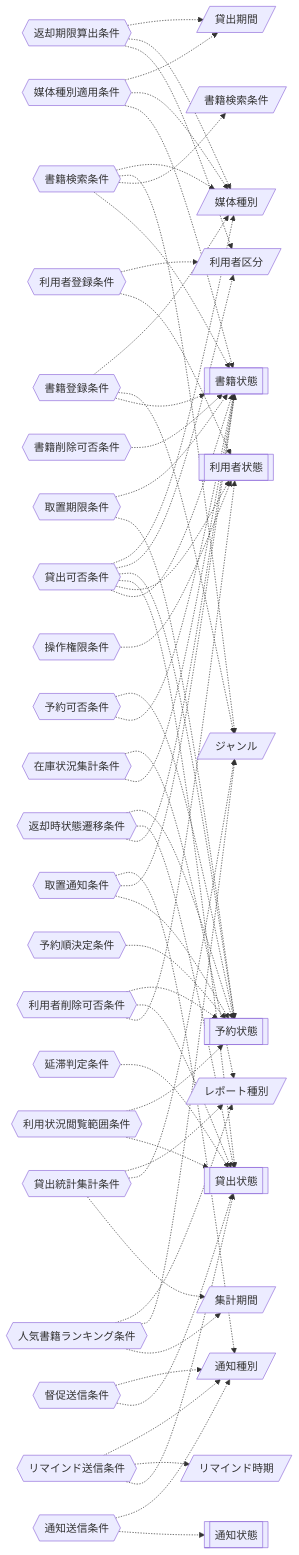
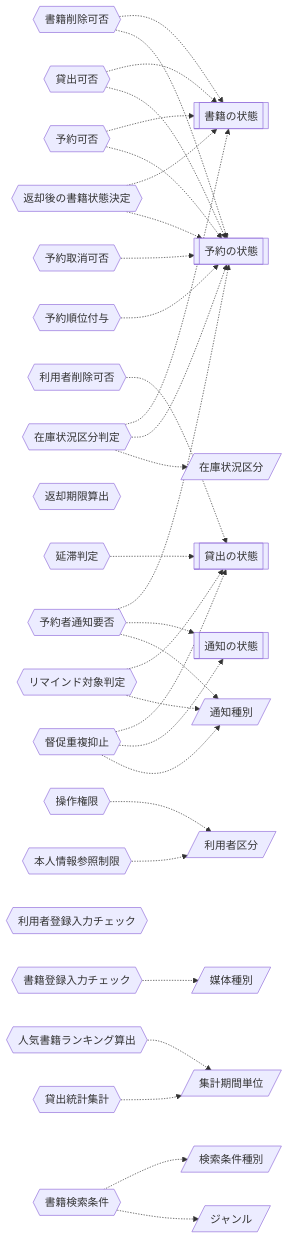
The diagram in samples/distillery2/library-loan/docs/requirements/rdra/views/07_条件・バリエーション.md (suwa-sh/suwa-sh-claude-plugins), drawn with Mermaid before and after one commit. The commit also changed other lines of this file and 249 other files, not shown here.

````diff
--- a/samples/distillery2/library-loan/docs/requirements/rdra/views/07_条件・バリエーション.md
+++ b/samples/distillery2/library-loan/docs/requirements/rdra/views/07_条件・バリエーション.md
@@ -9,94 +9,64 @@
 ```mermaid
 graph LR
-  CD1{{"書籍登録条件"}}
-  SM1[["書籍状態"]]
-  VR1[/"ジャンル"/]
-  VR2[/"媒体種別"/]
-  CD2{{"書籍削除可否条件"}}
-  CD3{{"書籍検索条件"}}
-  VR3[/"書籍検索条件"/]
-  CD4{{"媒体種別適用条件"}}
-  VR4[/"貸出期間"/]
-  CD5{{"利用者登録条件"}}
-  SM2[["利用者状態"]]
-  VR5[/"利用者区分"/]
-  CD6{{"利用者削除可否条件"}}
-  SM3[["貸出状態"]]
-  SM4[["予約状態"]]
-  CD7{{"操作権限条件"}}
-  CD8{{"利用状況閲覧範囲条件"}}
-  CD9{{"貸出可否条件"}}
-  CD10{{"返却期限算出条件"}}
-  CD11{{"返却時状態遷移条件"}}
-  CD12{{"リマインド送信条件"}}
-  VR6[/"リマインド時期"/]
-  VR7[/"通知種別"/]
-  CD13{{"延滞判定条件"}}
-  CD14{{"督促送信条件"}}
-  CD15{{"予約可否条件"}}
-  CD16{{"予約順決定条件"}}
-  CD17{{"取置通知条件"}}
-  CD18{{"取置期限条件"}}
-  CD19{{"通知送信条件"}}
-  SM5[["通知状態"]]
-  CD20{{"在庫状況集計条件"}}
-  VR8[/"レポート種別"/]
-  CD21{{"人気書籍ランキング条件"}}
-  VR9[/"集計期間"/]
-  CD22{{"貸出統計集計条件"}}
+  CD1{{"書籍削除可否"}}
+  SM1[["書籍の状態"]]
+  SM2[["予約の状態"]]
+  CD2{{"利用者削除可否"}}
+  SM3[["貸出の状態"]]
+  CD3{{"貸出可否"}}
+  CD4{{"予約可否"}}
+  CD5{{"予約取消可否"}}
+  CD6{{"予約順位付与"}}
+  CD7{{"返却後の書籍状態決定"}}
+  CD8{{"予約者通知要否"}}
+  SM4[["通知の状態"]]
+  VR1[/"通知種別"/]
+  CD9{{"返却期限算出"}}
+  CD10{{"リマインド対象判定"}}
+  CD11{{"延滞判定"}}
+  CD12{{"督促重複抑止"}}
+  CD13{{"操作権限"}}
+  VR2[/"利用者区分"/]
+  CD14{{"本人情報参照制限"}}
+  CD15{{"書籍登録入力チェック"}}
+  VR3[/"媒体種別"/]
+  CD16{{"利用者登録入力チェック"}}
+  CD17{{"在庫状況区分判定"}}
+  VR4[/"在庫状況区分"/]
+  CD18{{"人気書籍ランキング算出"}}
+  VR5[/"集計期間単位"/]
+  CD19{{"貸出統計集計"}}
+  CD20{{"書籍検索条件"}}
+  VR6[/"検索条件種別"/]
+  VR7[/"ジャンル"/]
   CD1 -.-> SM1
-  CD1 -.-> VR1
-  CD1 -.-> VR2
-  CD2 -.-> SM1
+  CD1 -.-> SM2
+  CD2 -.-> SM3
   CD3 -.-> SM1
-  CD3 -.-> VR3
-  CD3 -.-> VR1
-  CD3 -.-> VR2
+  CD3 -.-> SM2
   CD4 -.-> SM1
-  CD4 -.-> VR2
-  CD4 -.-> VR4
+  CD4 -.-> SM2
   CD5 -.-> SM2
-  CD5 -.-> VR5
   CD6 -.-> SM2
-  CD6 -.-> SM3
-  CD6 -.-> SM4
+  CD7 -.-> SM1
   CD7 -.-> SM2
-  CD8 -.-> SM3
+  CD8 -.-> SM2
   CD8 -.-> SM4
-  CD9 -.-> SM1
-  CD9 -.-> SM2
-  CD9 -.-> SM3
-  CD9 -.-> SM4
-  CD9 -.-> VR5
-  CD9 -.-> VR2
-  CD10 -.-> VR5
-  CD10 -.-> VR2
-  CD10 -.-> VR4
-  CD11 -.-> SM1
+  CD8 -.-> VR1
+  CD10 -.-> SM3
+  CD10 -.-> VR1
   CD11 -.-> SM3
-  CD11 -.-> SM4
   CD12 -.-> SM3
-  CD12 -.-> VR6
-  CD12 -.-> VR7
-  CD13 -.-> SM3
-  CD14 -.-> SM3
-  CD14 -.-> VR7
-  CD15 -.-> SM1
-  CD15 -.-> SM4
-  CD16 -.-> SM4
-  CD17 -.-> SM4
+  CD12 -.-> SM4
+  CD12 -.-> VR1
+  CD13 -.-> VR2
+  CD14 -.-> VR2
+  CD15 -.-> VR3
   CD17 -.-> SM1
-  CD17 -.-> VR7
-  CD18 -.-> SM4
-  CD18 -.-> SM1
-  CD19 -.-> SM5
-  CD19 -.-> VR7
-  CD20 -.-> SM1
-  CD20 -.-> VR8
-  CD21 -.-> VR9
-  CD21 -.-> VR1
-  CD21 -.-> VR8
-  CD22 -.-> VR9
-  CD22 -.-> VR1
-  CD22 -.-> VR8
+  CD17 -.-> SM2
+  CD17 -.-> VR4
+  CD18 -.-> VR5
+  CD19 -.-> VR5
+  CD20 -.-> VR6
+  CD20 -.-> VR7
 ```
````
